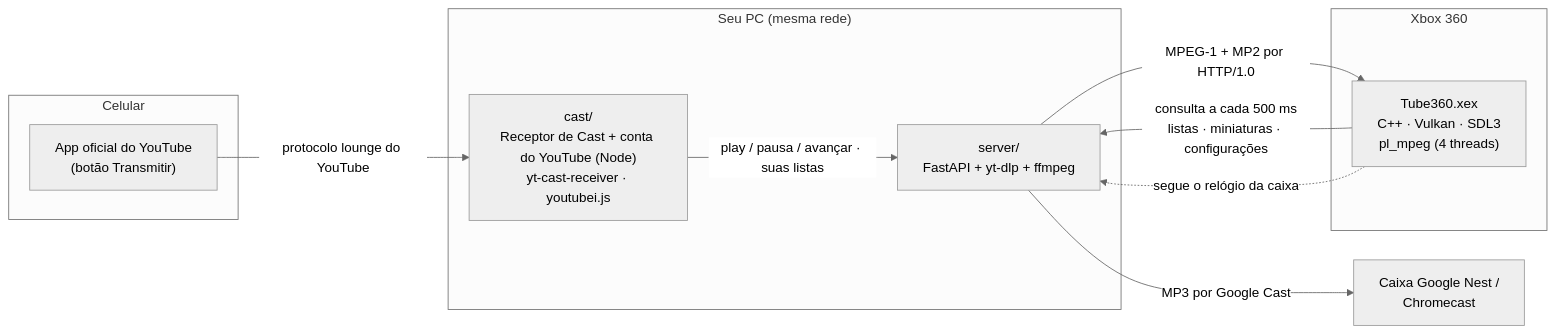
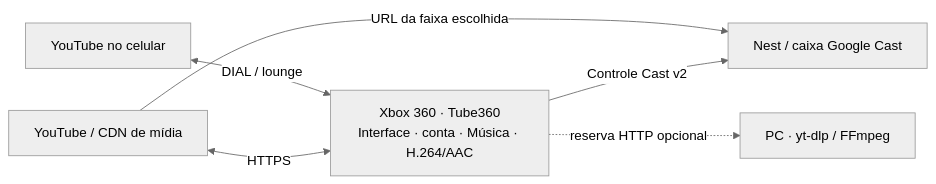
One commit to PedroHenrique0713/tube360 changed the diagram in README.pt-BR.md. Above: the diagram before and after it, drawn with Mermaid (neutral theme). The commit also changed other lines of this file and 10 other files, not shown here.

````diff
--- a/README.pt-BR.md
+++ b/README.pt-BR.md
@@ -62,21 +61,8 @@
 ```mermaid
 flowchart LR
-    subgraph Celular
-        YT["App oficial do YouTube<br/>(botão Transmitir)"]
-    end
-    subgraph PC["Seu PC (mesma rede)"]
-        CAST["cast/<br/>Receptor de Cast + conta do YouTube (Node)<br/>yt-cast-receiver · youtubei.js"]
-        SRV["server/<br/>FastAPI + yt-dlp + ffmpeg"]
-    end
-    subgraph X360["Xbox 360"]
-        APP["Tube360.xex<br/>C++ · Vulkan · SDL3<br/>pl_mpeg (4 threads)"]
-    end
-    NEST["Caixa Google Nest /<br/>Chromecast"]
-
-    YT -- "protocolo lounge do YouTube" --> CAST
-    CAST -- "play / pausa / avançar · suas listas" --> SRV
-    APP -- "consulta a cada 500 ms<br/>listas · miniaturas · configurações" --> SRV
-    SRV -- "MPEG-1 + MP2 por HTTP/1.0" --> APP
-    SRV -- "MP3 por Google Cast" --> NEST
-    APP -. "segue o relógio da caixa" .-> SRV
+    YT["YouTube / CDN de mídia"] <-->|HTTPS| X["Xbox 360 · Tube360<br/>Interface · conta · Música · H.264/AAC"]
+    P["YouTube no celular"] <-->|DIAL / lounge| X
+    X -->|Controle Cast v2| N["Nest / caixa Google Cast"]
+    YT -->|URL da faixa escolhida| N
+    X -. reserva HTTP opcional .-> S["PC · yt-dlp / FFmpeg"]
 ```
````
